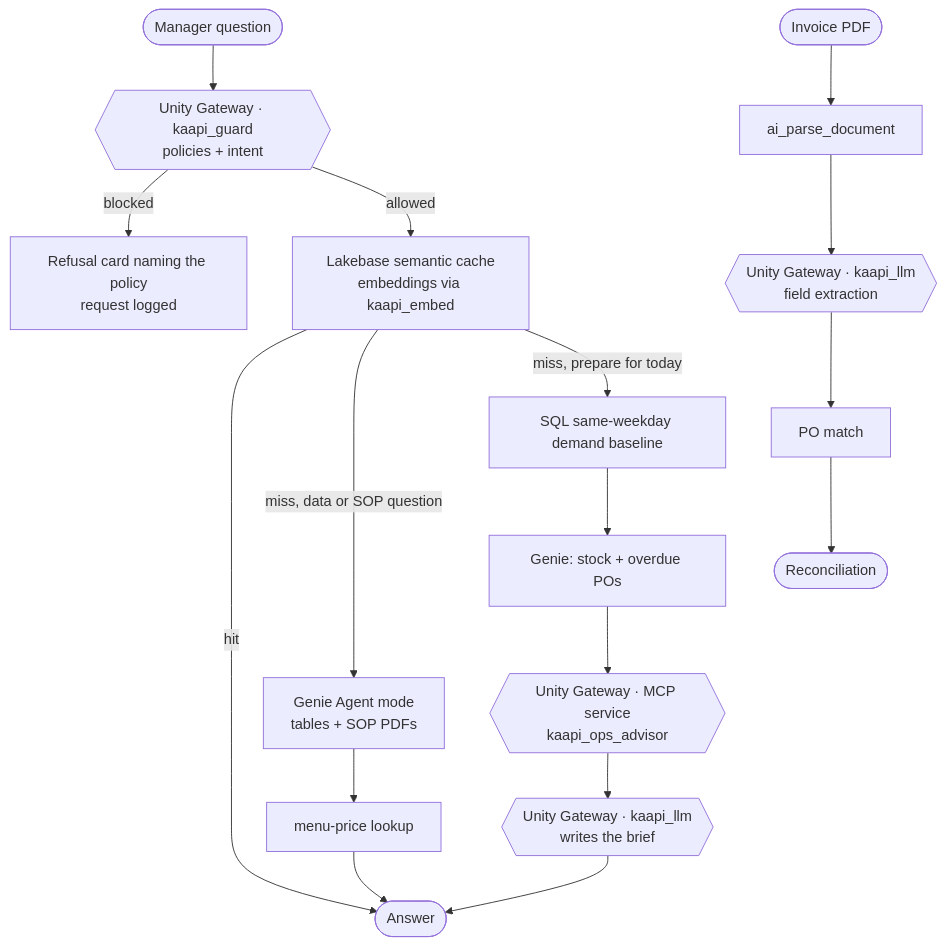
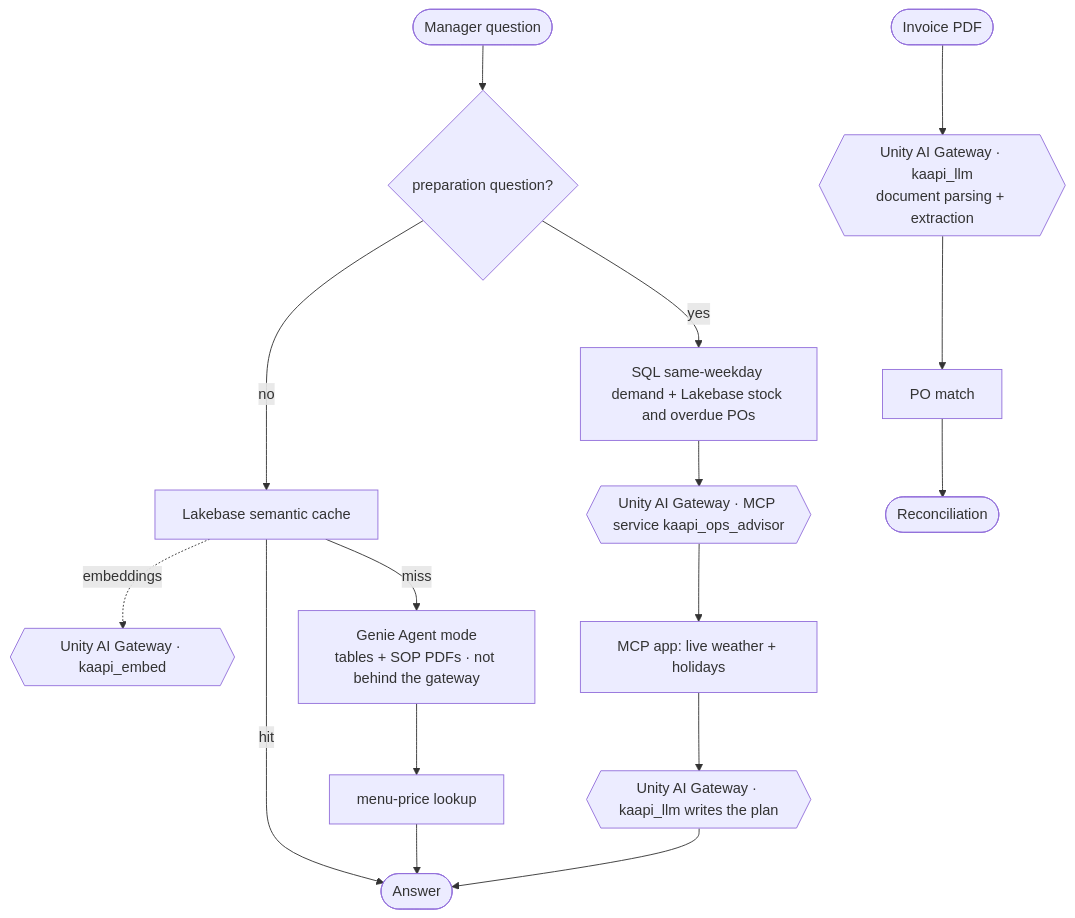
One commit to kunalmega/kaapi-bricks-fe-bar changed the fifth of 5 diagrams in ARCHITECTURE.md. Above: the diagram before and after it, drawn with Mermaid. The commit also changed other lines of this file and 6 other files, not shown here.

First line of the commit message:
Docs: Unity AI Gateway built — architecture, README, deck, demo, roleplay

````diff
--- a/ARCHITECTURE.md
+++ b/ARCHITECTURE.md
@@ -294,14 +337,14 @@
 ```mermaid
 flowchart TD
-    Q([Manager question]) --> GW1{{"Unity Gateway · kaapi_guard<br/>policies + intent"}}
-    GW1 -->|blocked| B[Refusal card naming the policy<br/>request logged]
-    GW1 -->|allowed| CACHE[Lakebase semantic cache<br/>embeddings via kaapi_embed]
+    Q([Manager question]) --> R{preparation question?}
+    R -->|no| CACHE[Lakebase semantic cache]
+    CACHE -.embeddings.-> E{{"Unity AI Gateway · kaapi_embed"}}
     CACHE -->|hit| OUT([Answer])
-    CACHE -->|miss, data or SOP question| G[Genie Agent mode<br/>tables + SOP PDFs]
+    CACHE -->|miss| G[Genie Agent mode<br/>tables + SOP PDFs · not behind the gateway]
     G --> PR[menu-price lookup] --> OUT
-    CACHE -->|miss, prepare for today| S[SQL same-weekday demand baseline]
-    S --> G2[Genie: stock + overdue POs]
-    G2 --> MCP{{"Unity Gateway · MCP service<br/>kaapi_ops_advisor"}}
-    MCP --> LLM{{"Unity Gateway · kaapi_llm<br/>writes the brief"}} --> OUT
-    INV([Invoice PDF]) --> PARSE[ai_parse_document] --> LLM2{{"Unity Gateway · kaapi_llm<br/>field extraction"}} --> MATCH[PO match] --> OUT2([Reconciliation])
+    R -->|yes| S[SQL same-weekday demand + Lakebase stock and overdue POs]
+    S --> MCP{{"Unity AI Gateway · MCP service kaapi_ops_advisor"}}
+    MCP --> O[MCP app: live weather + holidays]
+    O --> LLM{{"Unity AI Gateway · kaapi_llm writes the plan"}} --> OUT
+    INV([Invoice PDF]) --> LLM2{{"Unity AI Gateway · kaapi_llm<br/>document parsing + extraction"}} --> MATCH[PO match] --> OUT2([Reconciliation])
 ```
````
